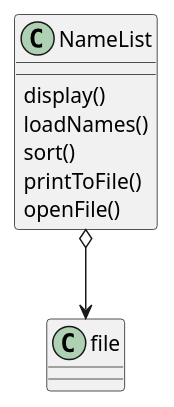
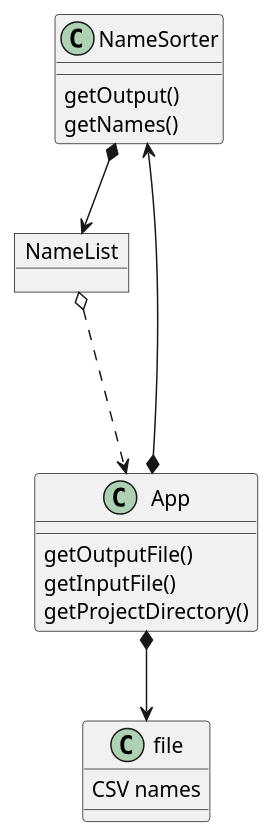
One commit to GitEthan-1/woollet-cop3330-Assignment3 changed the diagram in src/main/resources/ex41/ex41.puml. Above: the diagram before and after it, drawn with PlantUML. The commit also changed 19 other files, not shown here.

```diff
--- a/src/main/resources/ex41/ex41.puml
+++ b/src/main/resources/ex41/ex41.puml
@@ -1,16 +1,28 @@
 @startuml
 'https://plantuml.com/class-diagram
 
-class NameList {
-    display()
-    loadNames()
-    sort()
-    printToFile()
-    openFile()
+class NameSorter {
+    getOutput()
+    getNames()
 }
 
-class file
+class file{
+    CSV names
+}
 
-NameList o--> file
+class App {
+    getOutputFile()
+    getInputFile()
+    getProjectDirectory()
+}
+
+object NameList
+
+App *--> file
+App *--> NameSorter
+NameSorter *--> NameList
+NameList o-.-> App
+
+
 
 @enduml
```
